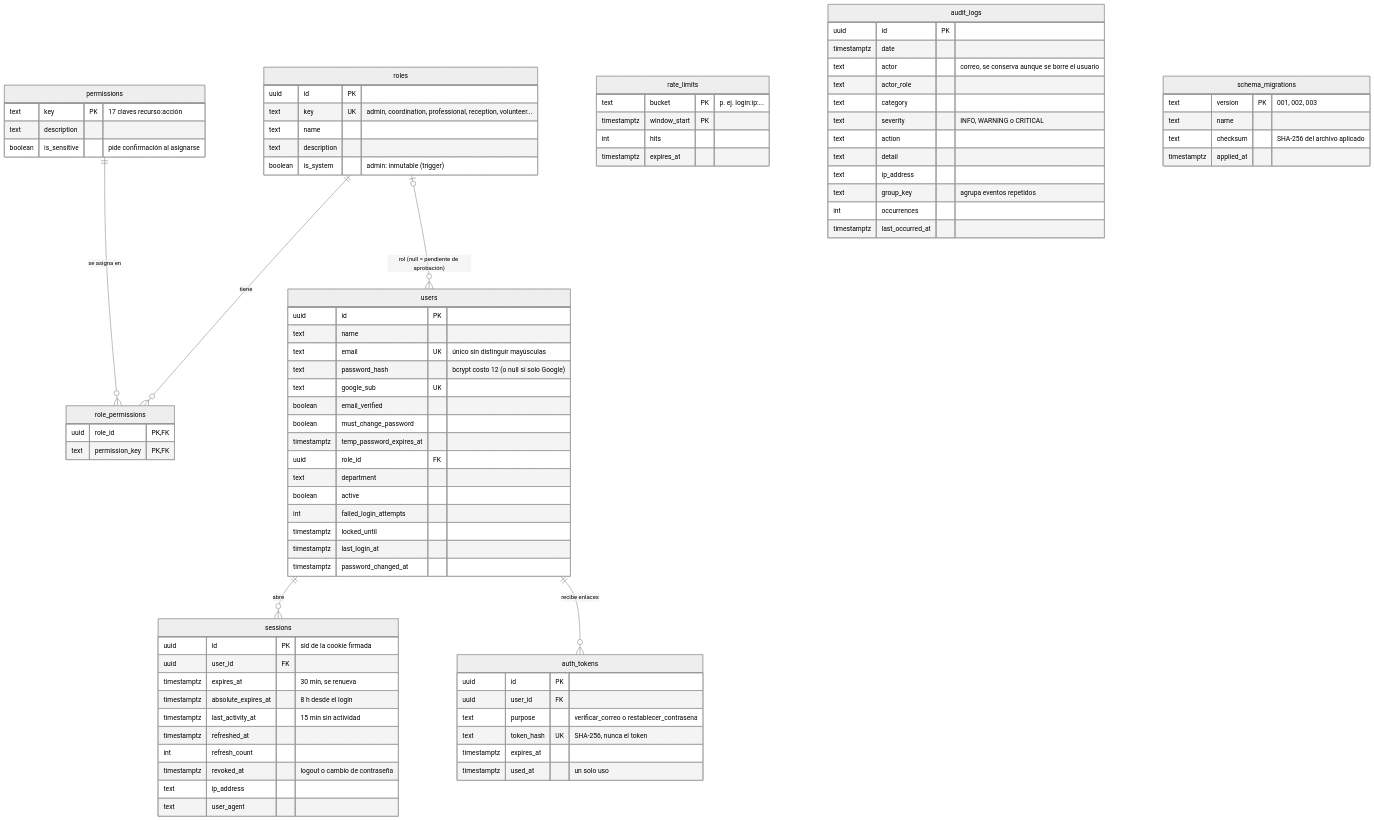
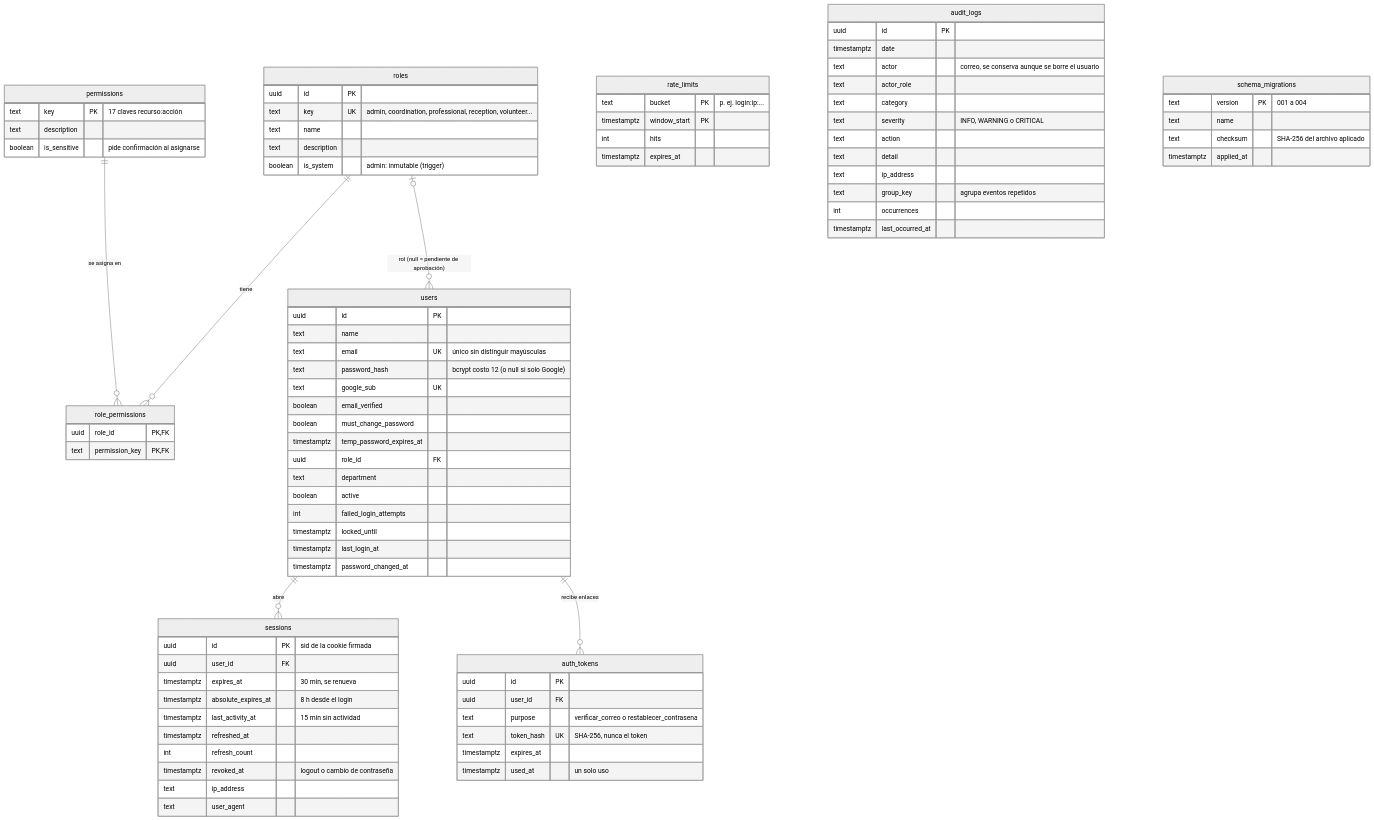
Before and after one commit to Joserppz/soluna-solutions: the fourth of 6 diagrams in docs/arquitectura/C4_Y_MODELO_ER_ACTUALIZADO.md, drawn with Mermaid (neutral theme). The commit also changed other lines of this file and 16 other files, not shown here.

```diff
--- a/docs/arquitectura/C4_Y_MODELO_ER_ACTUALIZADO.md
+++ b/docs/arquitectura/C4_Y_MODELO_ER_ACTUALIZADO.md
@@ -266,7 +266,7 @@
         timestamptz last_occurred_at
     }
     schema_migrations {
-        text version PK "001, 002, 003"
+        text version PK "001 a 004"
         text name
         text checksum "SHA-256 del archivo aplicado"
         timestamptz applied_at
```
